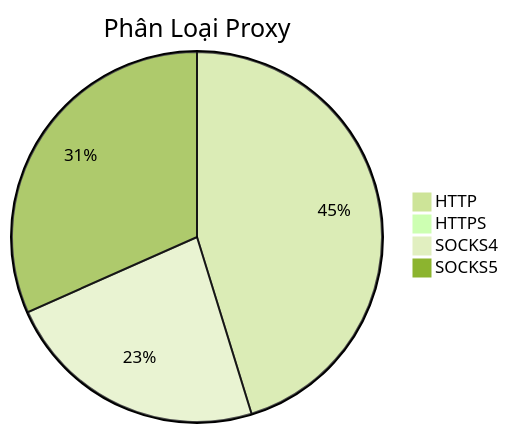
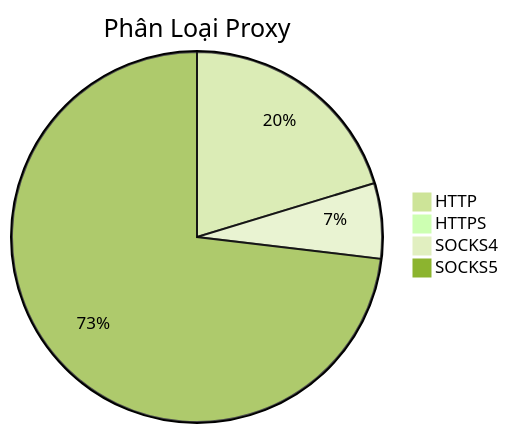
Before and after one commit to Ciara-Aa/PROXY-free: the diagram in README.md, drawn with Mermaid (forest theme). The commit also changed other lines of this file and 4 other files, not shown here.

````diff
--- a/README.md
+++ b/README.md
@@ -26,7 +26,7 @@
 ```mermaid
 pie title Phân Loại Proxy
-    "HTTP" : 323
+    "HTTP" : 358
     "HTTPS" : 4
-    "SOCKS4" : 165
-    "SOCKS5" : 226
+    "SOCKS4" : 116
+    "SOCKS5" : 1289
 ```
````
